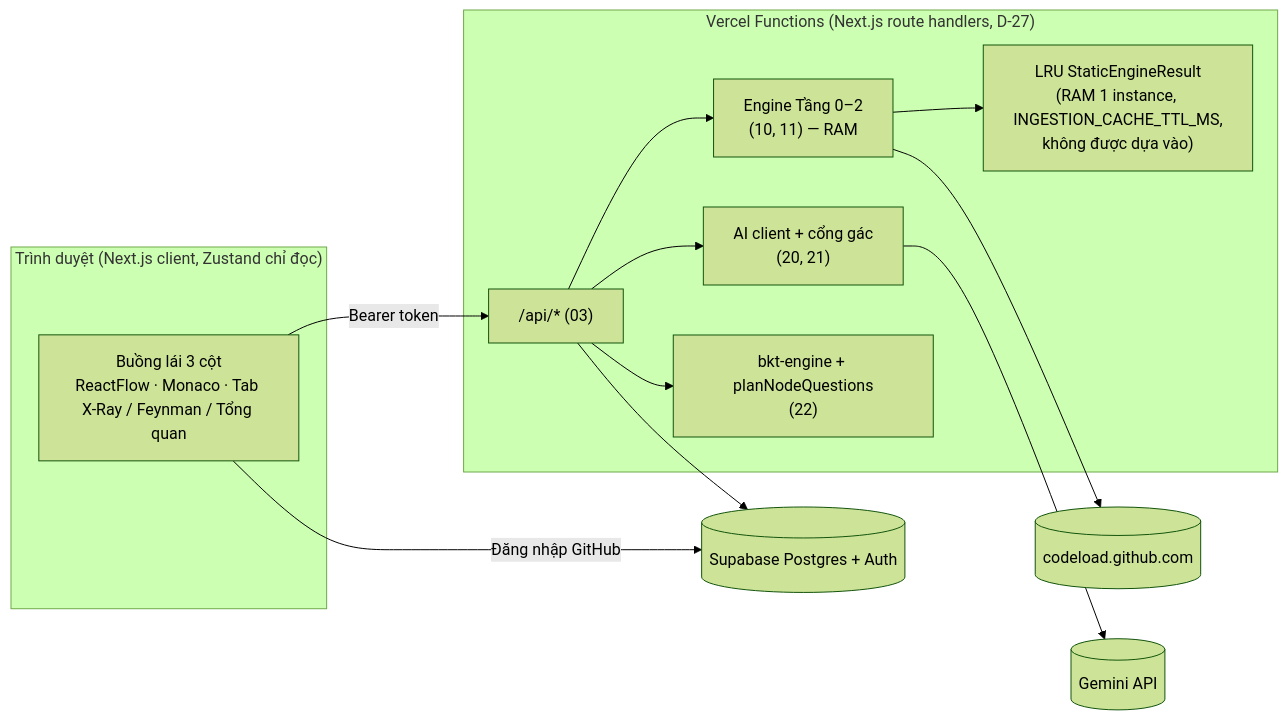
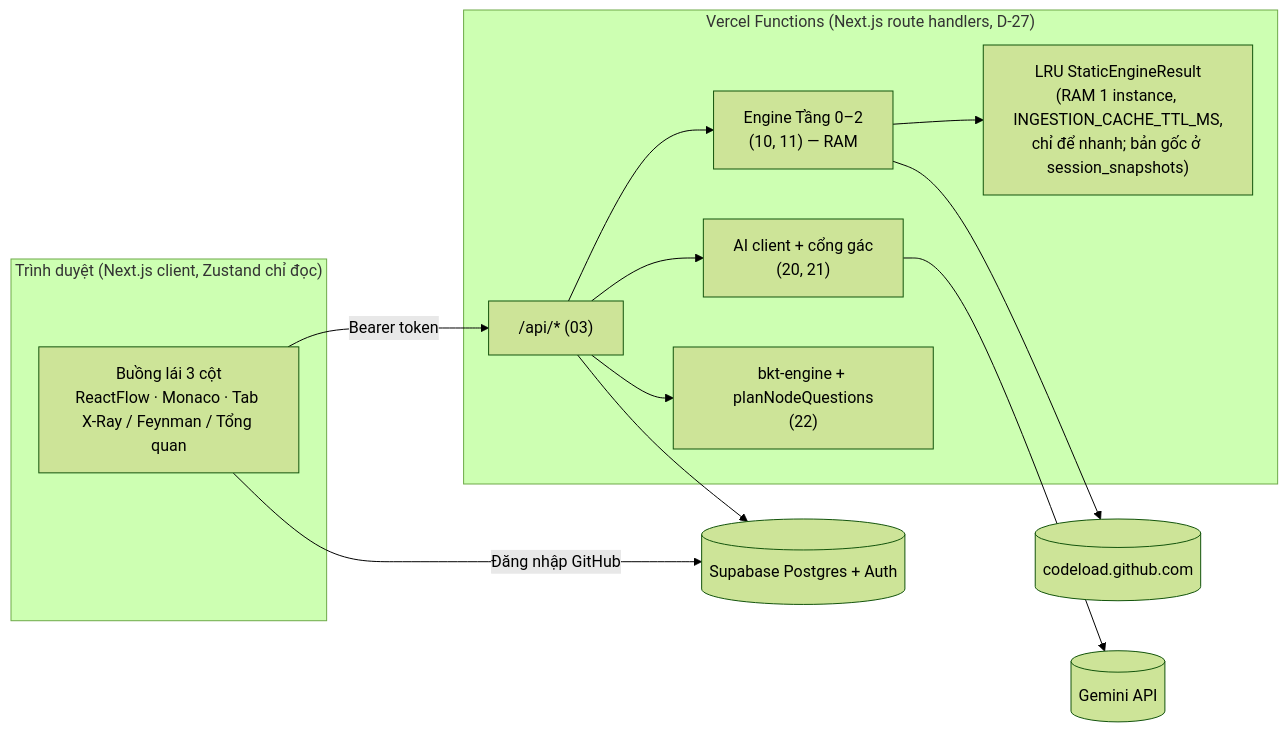
Before and after one commit to huynhthanhnhannnh-pixel/Hackathon_SGU: the first of 4 diagrams in spec/01_KIEN_TRUC_VA_LUONG.md, drawn with Mermaid (forest theme). The commit also changed other lines of this file and 11 other files, not shown here.

````diff
--- a/spec/01_KIEN_TRUC_VA_LUONG.md
+++ b/spec/01_KIEN_TRUC_VA_LUONG.md
@@ -41,23 +41,23 @@
 ```mermaid
 flowchart LR
     subgraph Browser["Trình duyệt (Next.js client, Zustand chỉ đọc)"]
         UI["Buồng lái 3 cột<br/>ReactFlow · Monaco · Tab X-Ray / Feynman / Tổng quan"]
     end
     subgraph Server["Vercel Functions (Next.js route handlers, D-27)"]
         API["/api/* (03)"]
         ENG["Engine Tầng 0–2<br/>(10, 11) — RAM"]
         AI["AI client + cổng gác<br/>(20, 21)"]
         BKT["bkt-engine + planNodeQuestions<br/>(22)"]
-        CACHE["LRU StaticEngineResult<br/>(RAM 1 instance, INGESTION_CACHE_TTL_MS,<br/>không được dựa vào)"]
+        CACHE["LRU StaticEngineResult<br/>(RAM 1 instance, INGESTION_CACHE_TTL_MS,<br/>chỉ để nhanh; bản gốc ở session_snapshots)"]
     end
     GH[("codeload.github.com")]
     GEM[("Gemini API")]
     DB[("Supabase Postgres + Auth")]
     UI -- "Bearer token" --> API
     API --> ENG --> GH
     ENG --> CACHE
     API --> AI --> GEM
     API --> BKT
     API --> DB
     UI -- "Đăng nhập GitHub" --> DB
 ```
````
